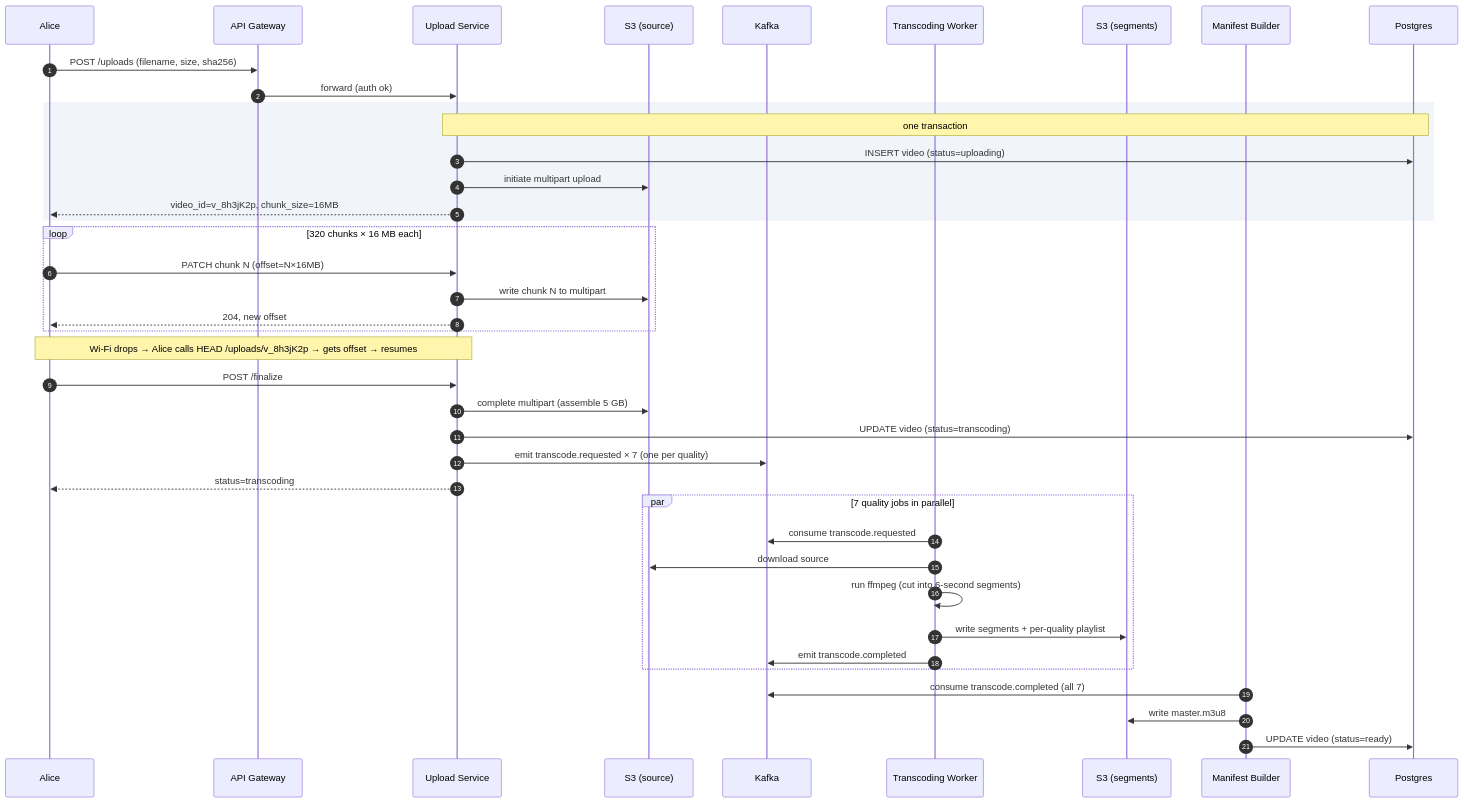
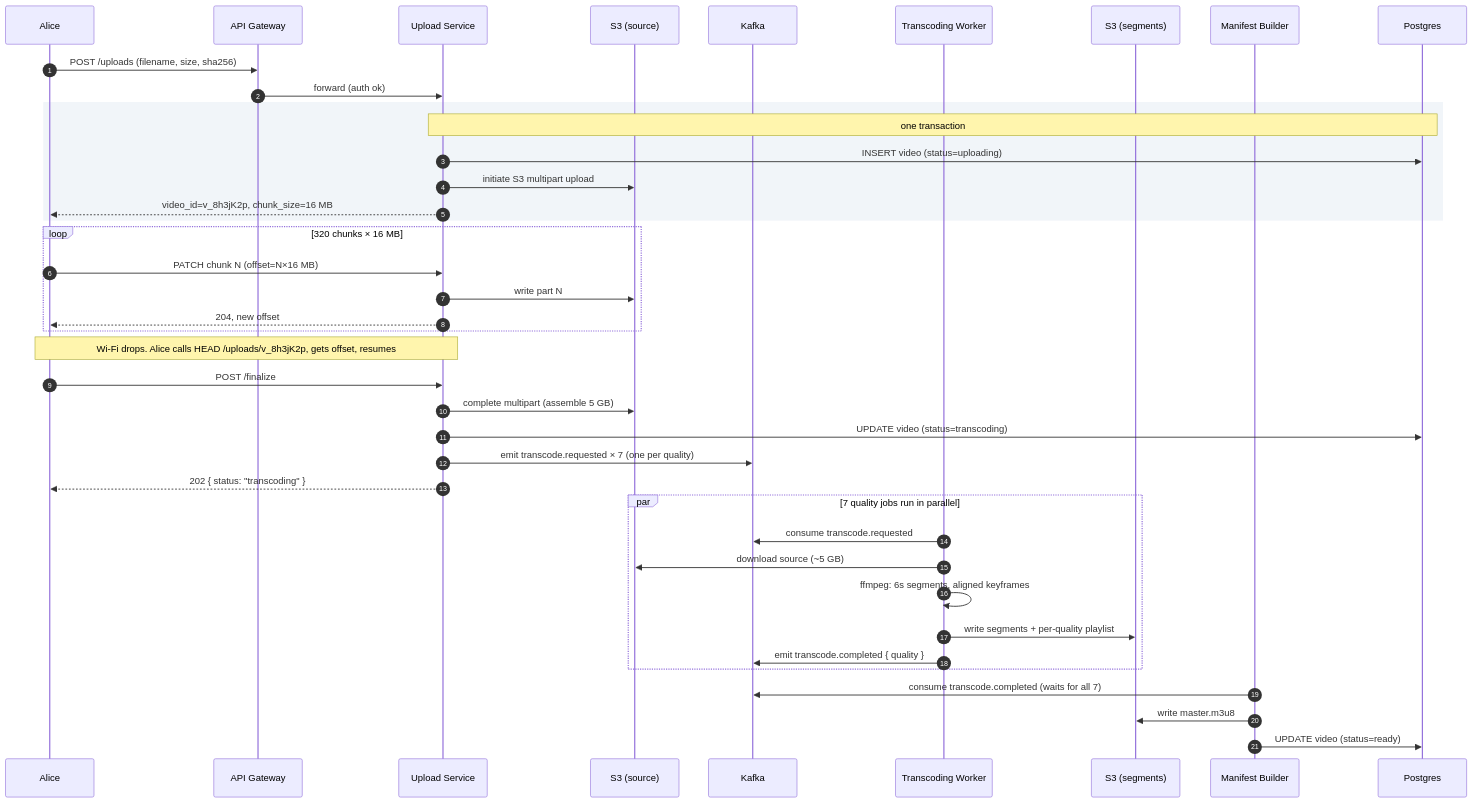
One commit to shiningflash/system-design changed the ninth of 11 diagrams in problems/006-video-streaming/question.md. Above: the diagram before and after it, drawn with Mermaid. The commit also changed other lines of this file and 37 other files, not shown here.

````diff
--- a/problems/006-video-streaming/question.md
+++ b/problems/006-video-streaming/question.md
@@ -366,49 +436,49 @@
 ```mermaid
 sequenceDiagram
     autonumber
     participant Alice
     participant GW as API Gateway
     participant U as Upload Service
     participant S3src as S3 (source)
     participant K as Kafka
     participant W as Transcoding Worker
     participant S3out as S3 (segments)
     participant MB as Manifest Builder
     participant DB as Postgres
 
     Alice->>GW: POST /uploads (filename, size, sha256)
     GW->>U: forward (auth ok)
 
     rect rgb(241, 245, 249)
         Note over U,DB: one transaction
         U->>DB: INSERT video (status=uploading)
-        U->>S3src: initiate multipart upload
-        U-->>Alice: video_id=v_8h3jK2p, chunk_size=16MB
+        U->>S3src: initiate S3 multipart upload
+        U-->>Alice: video_id=v_8h3jK2p, chunk_size=16 MB
     end
 
-    loop 320 chunks × 16 MB each
-        Alice->>U: PATCH chunk N (offset=N×16MB)
-        U->>S3src: write chunk N to multipart
+    loop 320 chunks × 16 MB
+        Alice->>U: PATCH chunk N (offset=N×16 MB)
+        U->>S3src: write part N
         U-->>Alice: 204, new offset
     end
 
-    Note over Alice,U: Wi-Fi drops → Alice calls HEAD /uploads/v_8h3jK2p → gets offset → resumes
+    Note over Alice,U: Wi-Fi drops. Alice calls HEAD /uploads/v_8h3jK2p, gets offset, resumes
 
     Alice->>U: POST /finalize
     U->>S3src: complete multipart (assemble 5 GB)
     U->>DB: UPDATE video (status=transcoding)
     U->>K: emit transcode.requested × 7 (one per quality)
-    U-->>Alice: status=transcoding
+    U-->>Alice: 202 { status: "transcoding" }
 
-    par 7 quality jobs in parallel
+    par 7 quality jobs run in parallel
         W->>K: consume transcode.requested
-        W->>S3src: download source
-        W->>W: run ffmpeg (cut into 6-second segments)
+        W->>S3src: download source (~5 GB)
+        W->>W: ffmpeg: 6s segments, aligned keyframes
         W->>S3out: write segments + per-quality playlist
-        W->>K: emit transcode.completed
+        W->>K: emit transcode.completed { quality }
     end
 
-    MB->>K: consume transcode.completed (all 7)
+    MB->>K: consume transcode.completed (waits for all 7)
     MB->>S3out: write master.m3u8
     MB->>DB: UPDATE video (status=ready)
 ```
````
